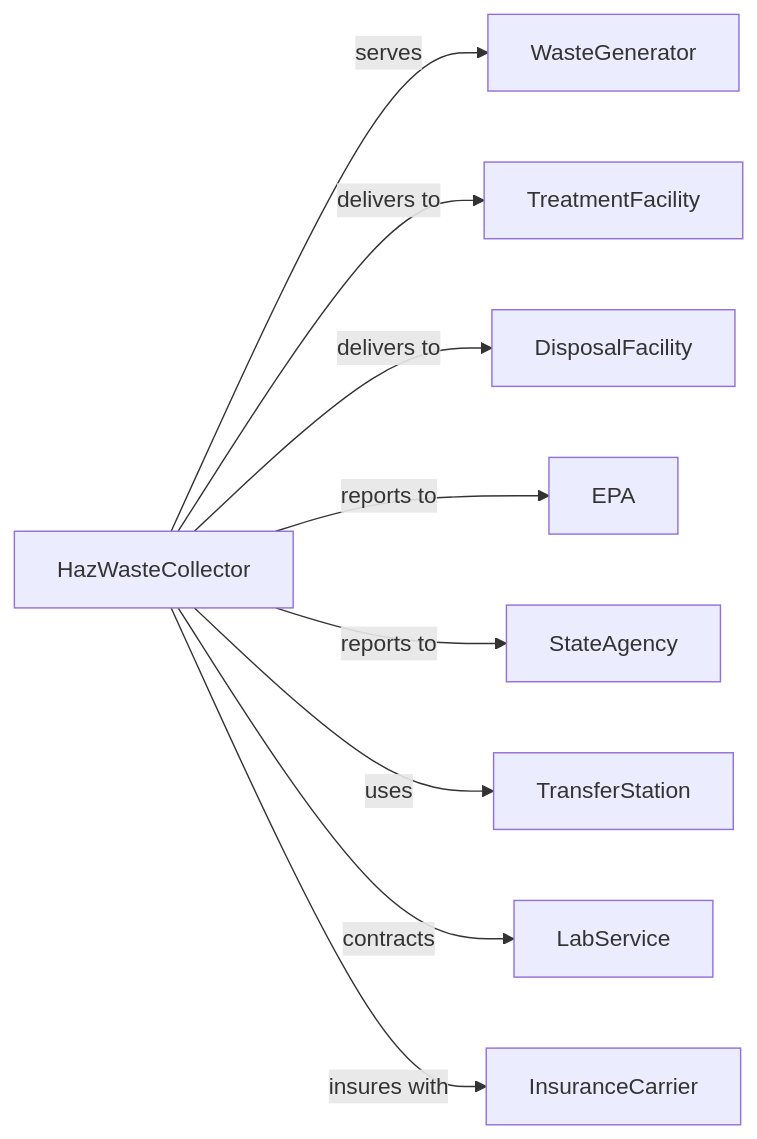
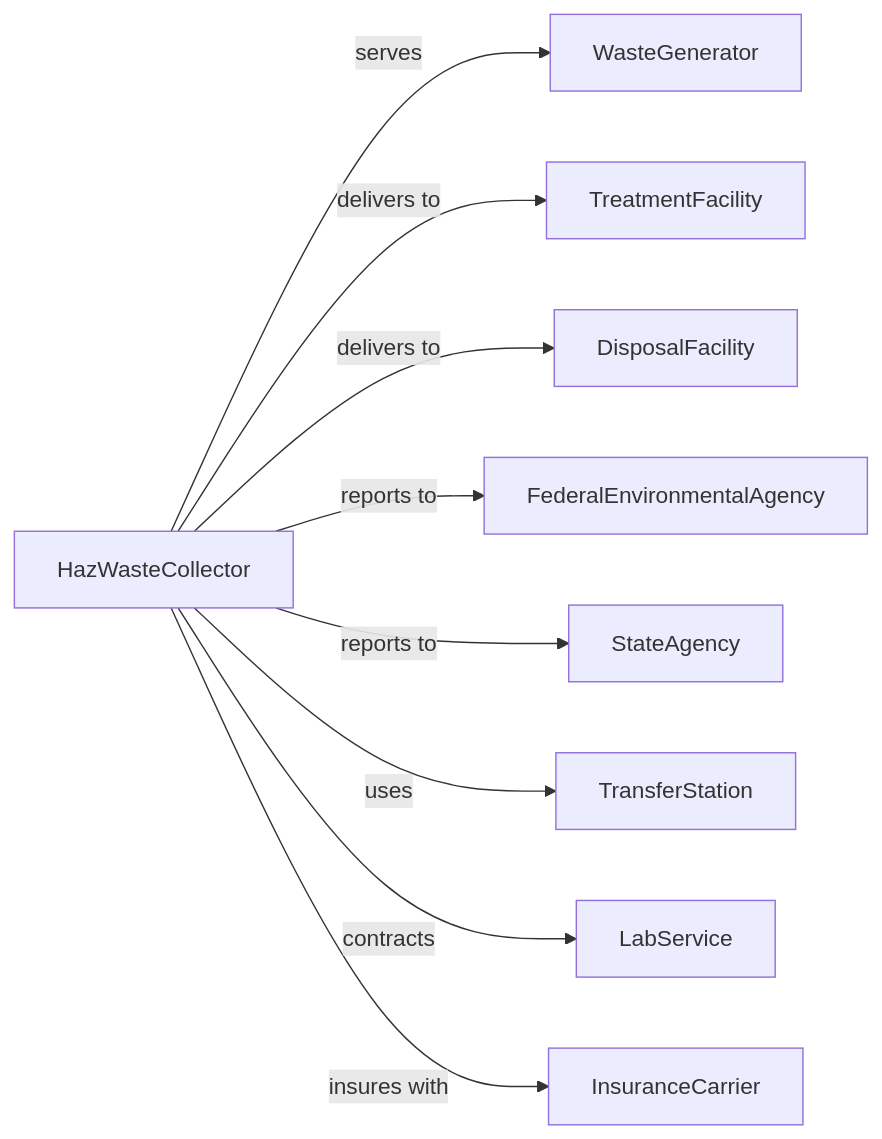
The second of 2 diagrams in Administrative/WasteManagementAndRemediationServices/WasteCollection/HazardousWasteCollection.mdx (dot-org-ai/industries.org.ai), drawn with Mermaid before and after one commit. The commit also changed other lines of this file and 639 other files, not shown here.

````diff
--- a/Administrative/WasteManagementAndRemediationServices/WasteCollection/HazardousWasteCollection.mdx
+++ b/Administrative/WasteManagementAndRemediationServices/WasteCollection/HazardousWasteCollection.mdx
@@ -137,13 +137,13 @@
 ```mermaid
 graph LR
     H[HazWasteCollector]
 
     H -->|serves| WasteGenerator
     H -->|delivers to| TreatmentFacility
     H -->|delivers to| DisposalFacility
-    H -->|reports to| EPA
+    H -->|reports to| FederalEnvironmentalAgency
     H -->|reports to| StateAgency
     H -->|uses| TransferStation
     H -->|contracts| LabService
     H -->|insures with| InsuranceCarrier
 ```
````
